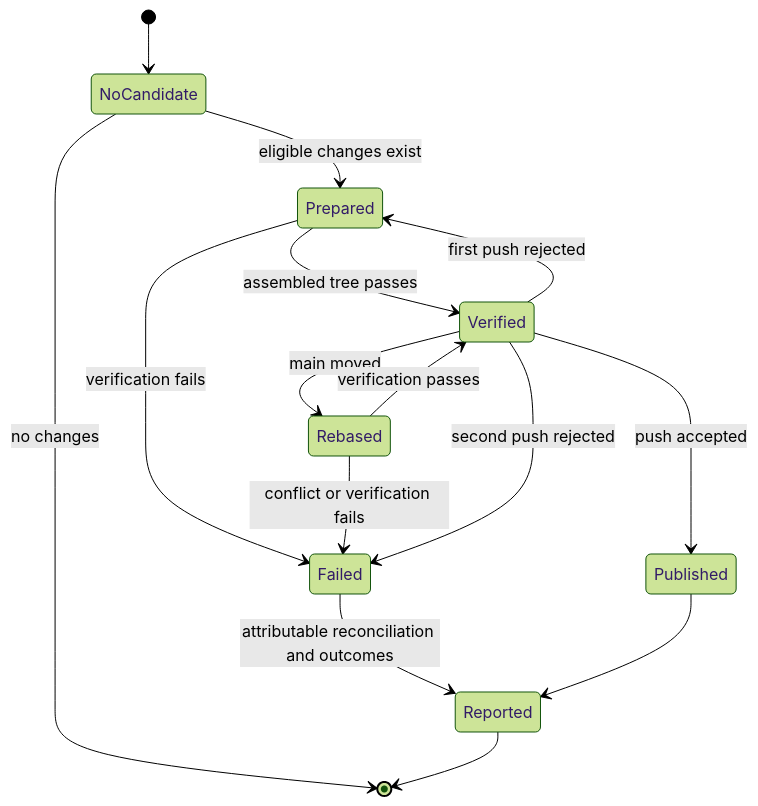
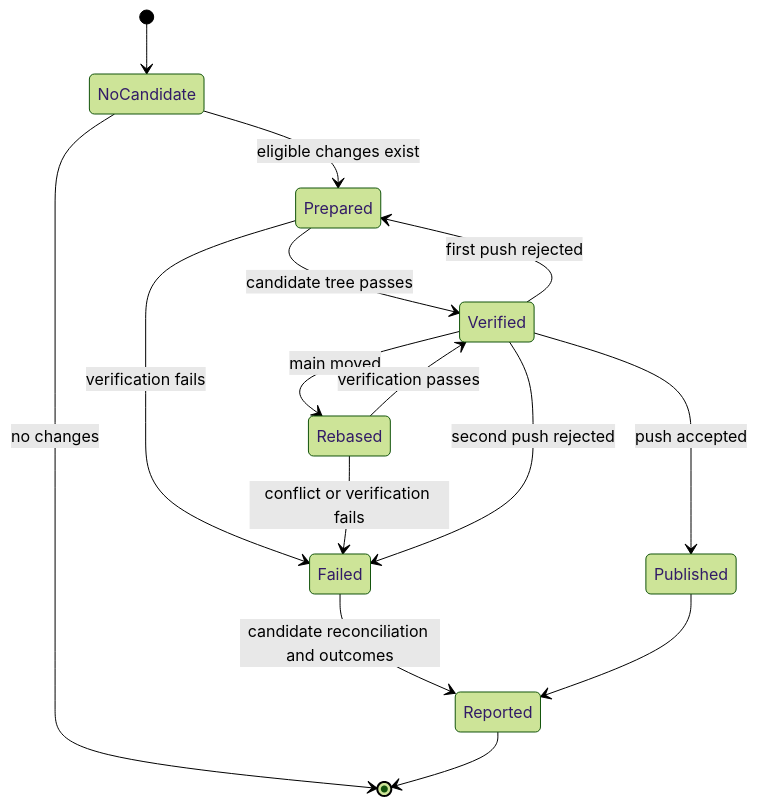
One commit to hyperlapse122/dotfiles changed the third of 3 diagrams in .compound-engineering/artifacts/plans/2026-11-10-2200-refactor-unified-scheduled-updates-plan.md. Above: the diagram before and after it, drawn with Mermaid (forest theme). The commit also changed other lines of this file and 14 other files, not shown here.

````diff
--- a/.compound-engineering/artifacts/plans/2026-11-10-2200-refactor-unified-scheduled-updates-plan.md
+++ b/.compound-engineering/artifacts/plans/2026-11-10-2200-refactor-unified-scheduled-updates-plan.md
@@ -145,17 +145,17 @@
 ```mermaid
 stateDiagram-v2
   [*] --> NoCandidate
   NoCandidate --> Prepared: eligible changes exist
   NoCandidate --> [*]: no changes
-  Prepared --> Verified: assembled tree passes
+  Prepared --> Verified: candidate tree passes
   Prepared --> Failed: verification fails
   Verified --> Rebased: main moved
   Rebased --> Verified: verification passes
   Rebased --> Failed: conflict or verification fails
   Verified --> Published: push accepted
   Verified --> Prepared: first push rejected
   Verified --> Failed: second push rejected
-  Failed --> Reported: attributable reconciliation and outcomes
+  Failed --> Reported: candidate reconciliation and outcomes
   Published --> Reported
   Reported --> [*]
 ```
````
